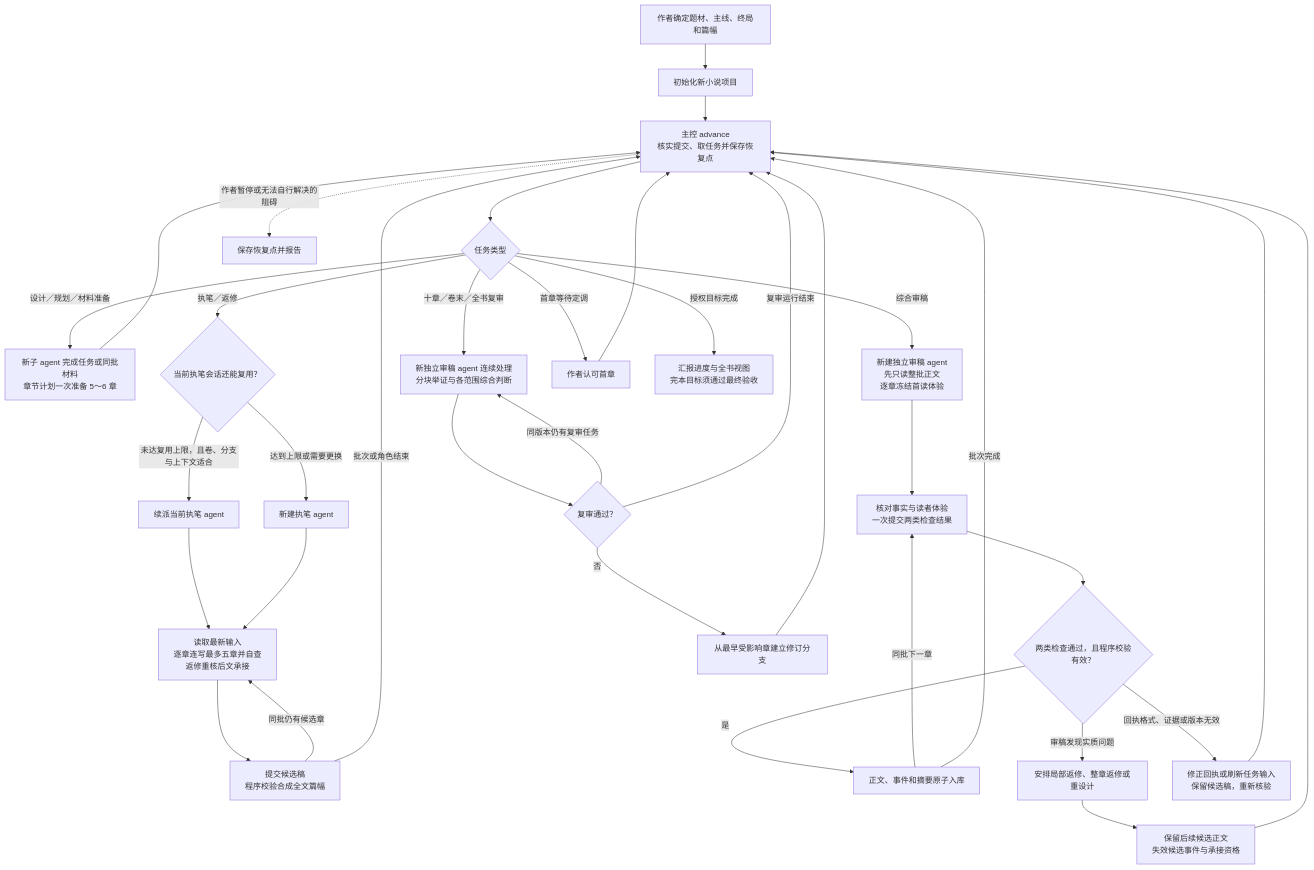
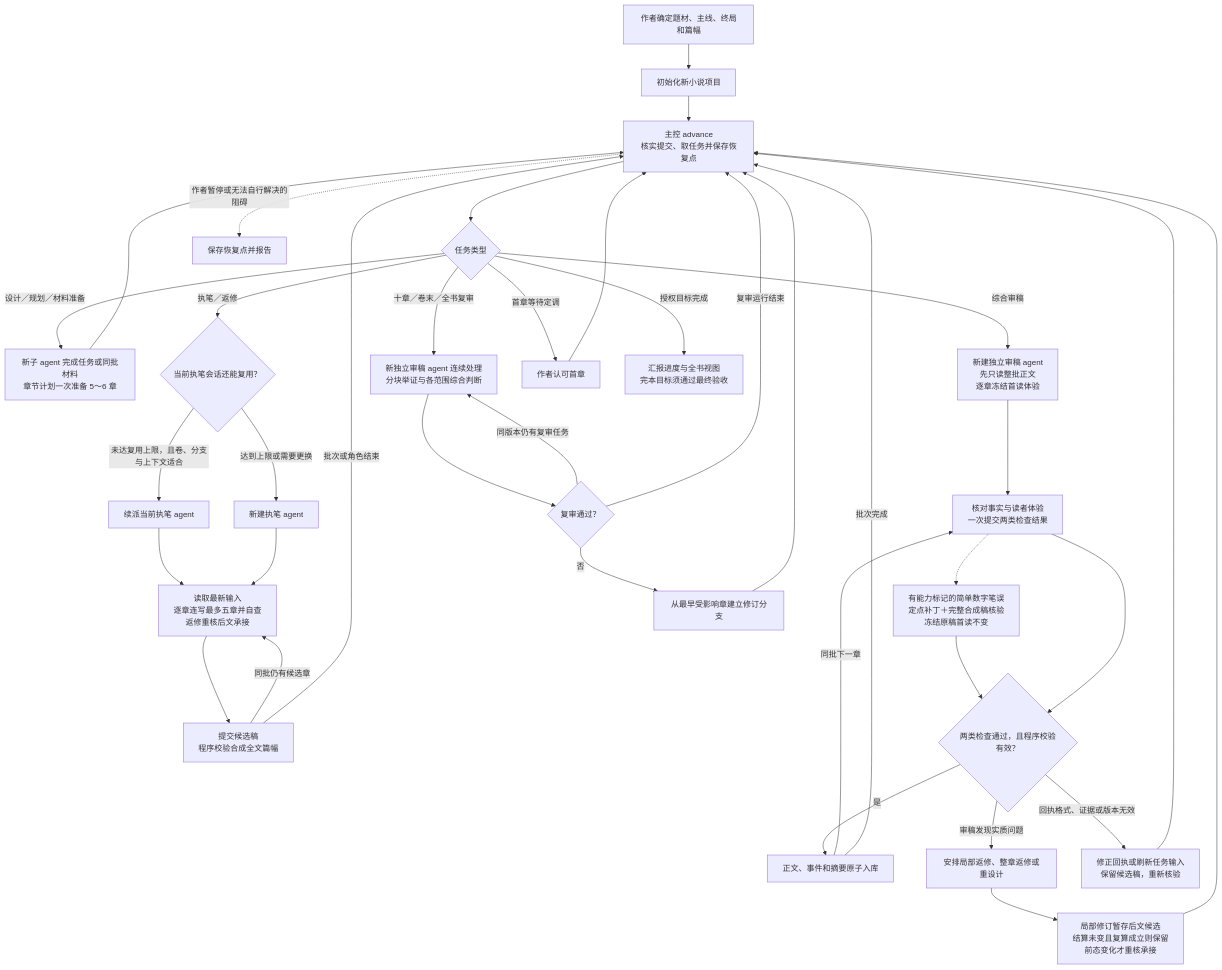
The first of 2 diagrams in references/workflow.md (longwenid/novel-ledger-v2), drawn with Mermaid before and after one commit. The commit also changed other lines of this file and 33 other files, not shown here.

````diff
--- a/references/workflow.md
+++ b/references/workflow.md
@@ -10,45 +10,47 @@
 ```mermaid
 flowchart TD
     A["作者确定题材、主线、终局和篇幅"] --> B["初始化新小说项目"]
     B --> C["主控 advance<br/>核实提交、取任务并保存恢复点"]
 
     C --> D{"任务类型"}
 
     D -->|"设计／规划／材料准备"| E["新子 agent 完成任务或同批材料<br/>章节计划一次准备 5～6 章"]
     E --> C
 
     D -->|"执笔／返修"| F{"当前执笔会话还能复用？"}
     F -->|"未达复用上限，且卷、分支与上下文适合"| G["续派当前执笔 agent"]
     F -->|"达到上限或需要更换"| H["新建执笔 agent"]
     G --> I["读取最新输入<br/>逐章连写最多五章并自查<br/>返修重核后文承接"]
     H --> I
     I --> J["提交候选稿<br/>程序校验合成全文篇幅"]
     J -->|"同批仍有候选章"| I
     J -->|"批次或角色结束"| C
 
     D -->|"综合审稿"| K["新建独立审稿 agent<br/>先只读整批正文<br/>逐章冻结首读体验"]
     K --> L["核对事实与读者体验<br/>一次提交两类检查结果"]
+    L -.-> X["有能力标记的简单数字笔误<br/>定点补丁＋完整合成稿核验<br/>冻结原稿首读不变"]
+    X --> M
     L --> M{"两类检查通过，且程序校验有效？"}
     M -->|"是"| N["正文、事件和摘要原子入库"]
     M -->|"审稿发现实质问题"| O["安排局部返修、整章返修或重设计"]
     M -->|"回执格式、证据或版本无效"| V["修正回执或刷新任务输入<br/>保留候选稿，重新核验"]
     N -->|"同批下一章"| L
     N -->|"批次完成"| C
-    O --> W["保留后续候选正文<br/>失效候选事件与承接资格"]
+    O --> W["局部修订暂存后文候选<br/>结算未变且复算成立则保留<br/>前态变化才重核承接"]
     W --> C
     V --> C
 
     D -->|"十章／卷末／全书复审"| P["新独立审稿 agent 连续处理<br/>分块举证与各范围综合判断"]
     P --> Q{"复审通过？"}
     Q -->|"同版本仍有复审任务"| P
     Q -->|"复审运行结束"| C
     Q -->|"否"| R["从最早受影响章建立修订分支"]
     R --> C
 
     D -->|"首章等待定调"| S["作者认可首章"]
     S --> C
 
     D -->|"授权目标完成"| T["汇报进度与全书视图<br/>完本目标须通过最终验收"]
 
     C -.->|"作者暂停或无法自行解决的阻碍"| U["保存恢复点并报告"]
 ```
````
